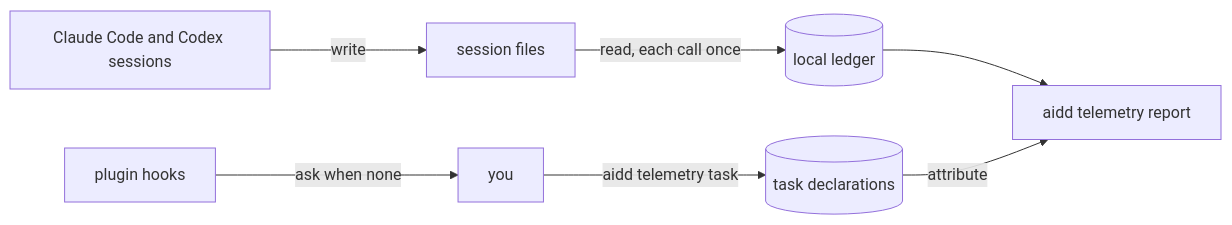
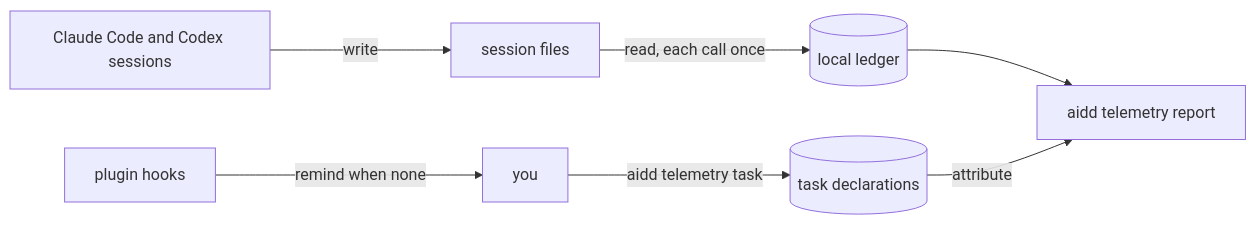
One commit to ai-driven-dev/framework changed the diagram in plugins/aidd-telemetry/README.md. Above: the diagram before and after it, drawn with Mermaid. The commit also changed other lines of this file and 3 other files, not shown here.

````diff
--- a/plugins/aidd-telemetry/README.md
+++ b/plugins/aidd-telemetry/README.md
@@ -17,9 +17,9 @@
 ```mermaid
 flowchart LR
   Claude["Claude Code and Codex sessions"] -->|"write"| Files["session files"]
   Files -->|"read, each call once"| Ledger[("local ledger")]
   You["you"] -->|"aidd telemetry task"| Tasks[("task declarations")]
-  Hooks["plugin hooks"] -->|"ask when none"| You
+  Hooks["plugin hooks"] -->|"remind when none"| You
   Ledger --> Report["aidd telemetry report"]
   Tasks -->|"attribute"| Report
 ```
````
